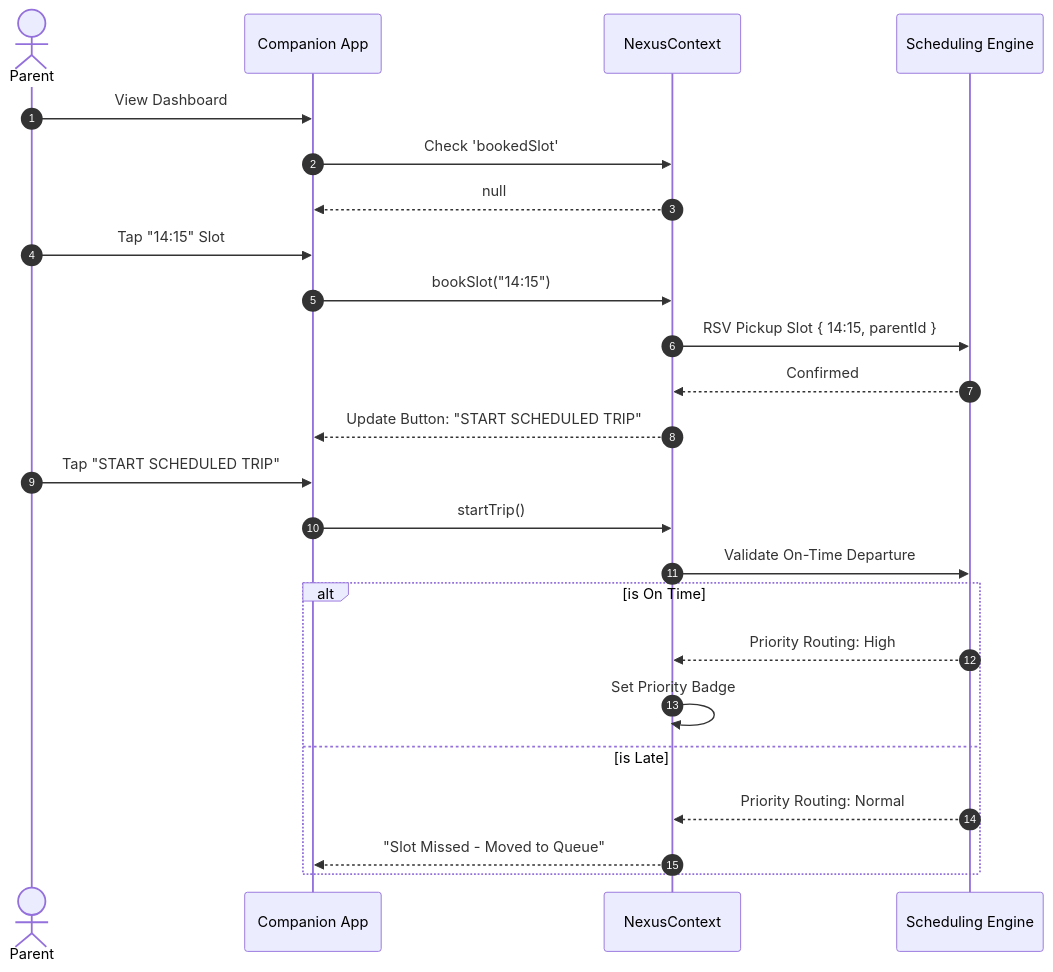
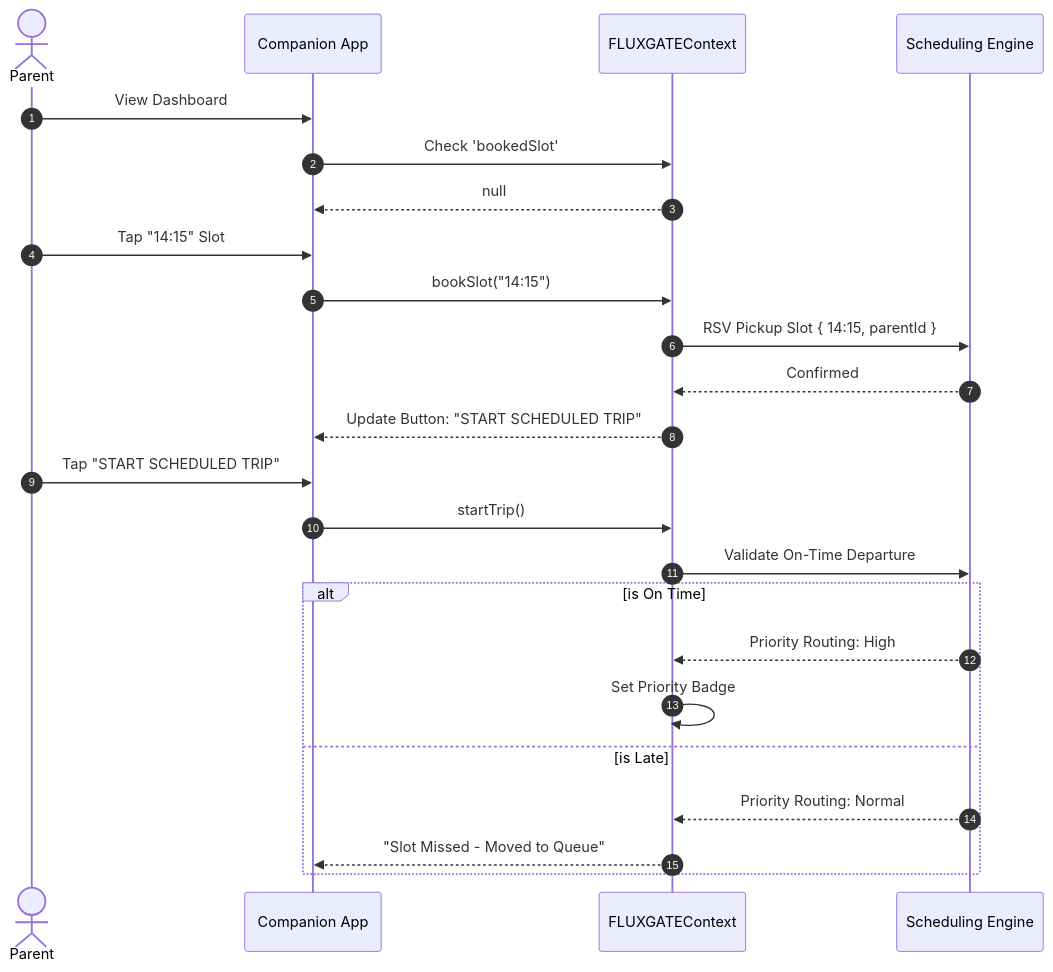
Before and after one commit to HyperionBurn/nexus-command-center: the third of 5 diagrams in NEXUS_SYSTEM_ARCHITECTURE.md, drawn with Mermaid. The commit also changed other lines of this file and 56 other files, not shown here.

````diff
--- a/NEXUS_SYSTEM_ARCHITECTURE.md
+++ b/NEXUS_SYSTEM_ARCHITECTURE.md
@@ -169,31 +169,31 @@
 ```mermaid
 sequenceDiagram
     autonumber
     actor Parent
     participant App as Companion App
-    participant Context as NexusContext
+    participant Context as FLUXGATEContext
     participant Scheduler as Scheduling Engine
 
     Parent->>App: View Dashboard
     App->>Context: Check 'bookedSlot'
     Context-->>App: null
     
     Parent->>App: Tap "14:15" Slot
     App->>Context: bookSlot("14:15")
     Context->>Scheduler: RSV Pickup Slot { 14:15, parentId }
     Scheduler-->>Context: Confirmed
     Context-->>App: Update Button: "START SCHEDULED TRIP"
     
     %% On Departure Time
     Parent->>App: Tap "START SCHEDULED TRIP"
     App->>Context: startTrip()
     Context->>Scheduler: Validate On-Time Departure
     
     alt is On Time
         Scheduler-->>Context: Priority Routing: High
         Context->>Context: Set Priority Badge
     else is Late
         Scheduler-->>Context: Priority Routing: Normal
         Context-->>App: "Slot Missed - Moved to Queue"
     end
 ```
````
